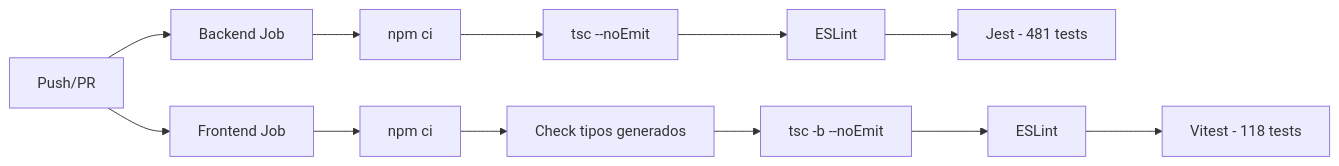
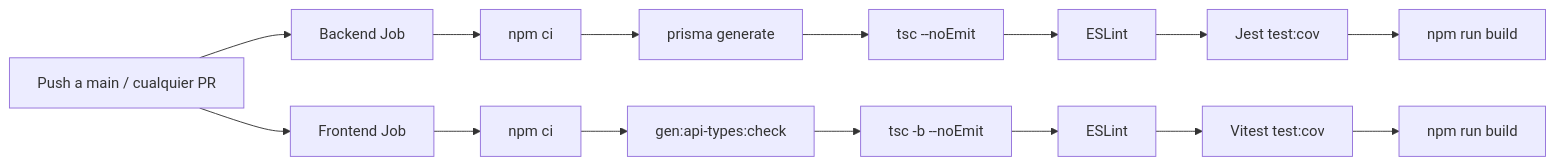
One commit to MiltonLn/zetas_list changed the fifth of 5 diagrams in ARCHITECTURE.md. Above: the diagram before and after it, drawn with Mermaid. The commit also changed other lines of this file and 76 other files, not shown here.

First line of the commit message:
refactor: finish incomplete architecture migrations

````diff
--- a/ARCHITECTURE.md
+++ b/ARCHITECTURE.md
@@ -303,16 +303,19 @@
 ```mermaid
 graph LR
-  Push[Push/PR] --> Backend[Backend Job]
+  Push[Push a main / cualquier PR] --> Backend[Backend Job]
   Push --> Frontend[Frontend Job]
 
   Backend --> B_Install[npm ci]
-  B_Install --> B_Types[tsc --noEmit]
+  B_Install --> B_Prisma[prisma generate]
+  B_Prisma --> B_Types[tsc --noEmit]
   B_Types --> B_Lint[ESLint]
-  B_Lint --> B_Test[Jest - 481 tests]
+  B_Lint --> B_Test[Jest test:cov]
+  B_Test --> B_Build[npm run build]
 
   Frontend --> F_Install[npm ci]
-  F_Install --> F_Gen[Check tipos generados]
+  F_Install --> F_Gen[gen:api-types:check]
   F_Gen --> F_Types[tsc -b --noEmit]
   F_Types --> F_Lint[ESLint]
-  F_Lint --> F_Test[Vitest - 118 tests]
+  F_Lint --> F_Test[Vitest test:cov]
+  F_Test --> F_Build[npm run build]
 ```
````
